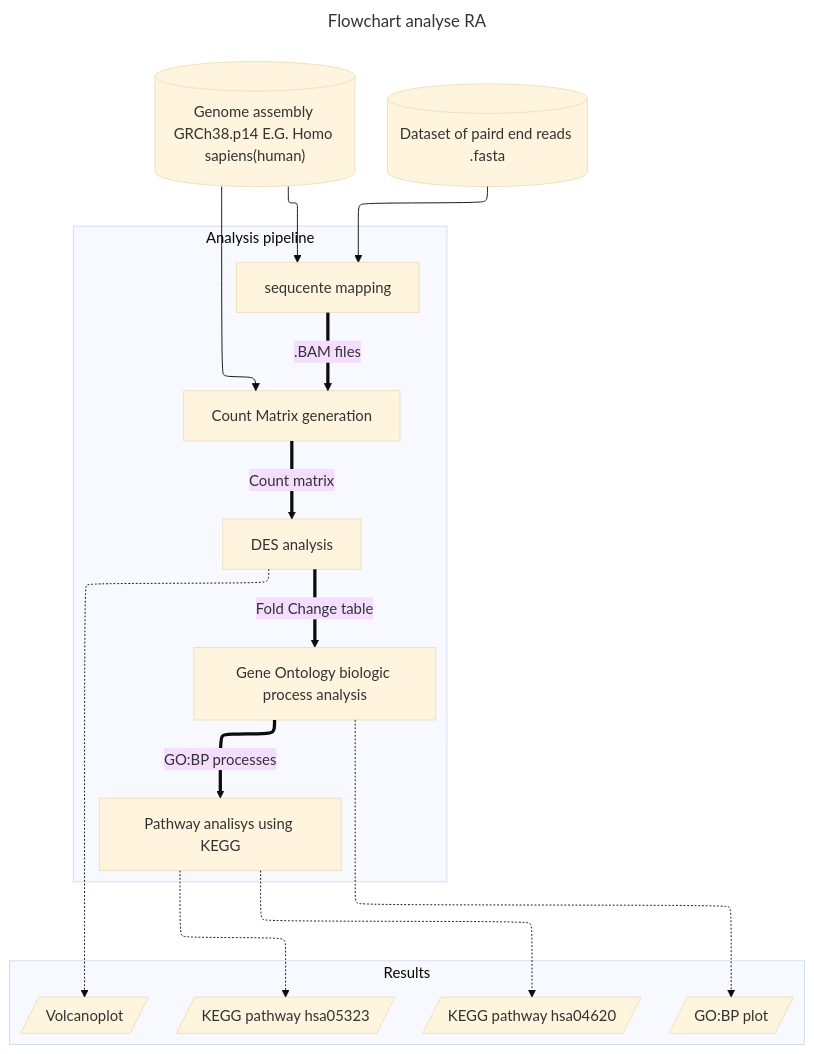
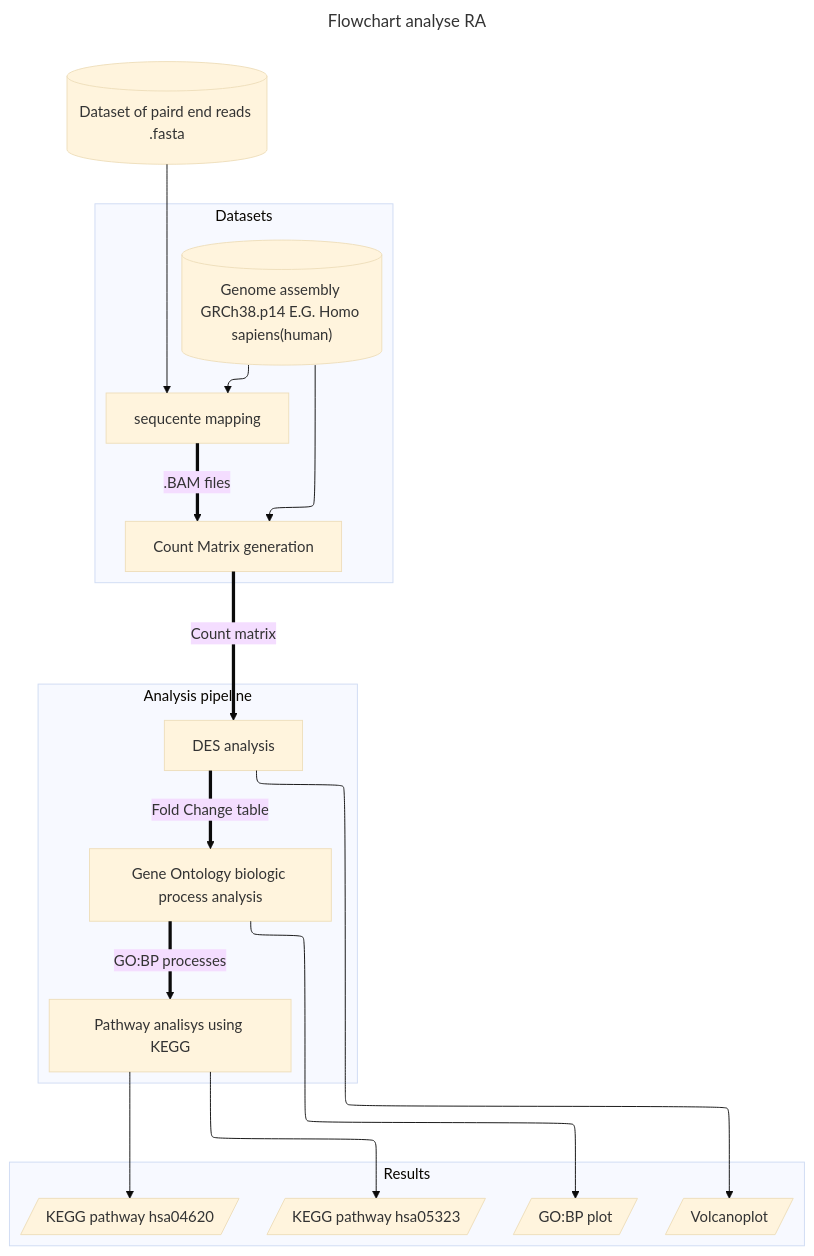
The diagram in README.md (Quantum-Coder826/J2P4casusTranscriptomics), drawn with Mermaid (base theme) before and after one commit.

Commit message:
Added subplot and changed line types

````diff
--- a/README.md
+++ b/README.md
@@ -38,43 +38,45 @@
 ```mermaid
 ---
 config:
   flowchart:
     defaultRenderer: elk
 title: Flowchart analyse RA 
 ---
 flowchart-elk TB
-  HG38[("Genome assembly GRCh38.p14 E.G. Homo sapiens(human)")]
-  HG38 --> seq_map
-  HG38 --> matrix
+  subgraph thee [Datasets]
+    HG38[("Genome assembly GRCh38.p14 E.G. Homo sapiens(human)")]
+    HG38 --> seq_map
+    HG38 --> matrix
+  end
   
   dataset[("Dataset of paird end reads .fasta")] --> seq_map
   
   subgraph one [Analysis pipeline]
         seq_map["sequcente mapping"] ==>|".BAM files"| matrix
         matrix["Count Matrix generation"] ==>|"Count matrix"| data_ana
         data_ana["DES analysis"] ==>|"Fold Change table"| GO_ana
         GO_ana["Gene Ontology biologic process analysis"] ==>|"GO:BP processes"| KEGG_ana
         KEGG_ana["Pathway analisys using KEGG"]
   end
   
   subgraph two [Results]
-    GO_ana -.-> GO_plot[/"GO:BP plot"/]
-    KEGG_ana -.-> KEGG_hsa05323[/"KEGG pathway hsa05323"/]
-    KEGG_ana -.-> KEGG_hsa04620[/"KEGG pathway hsa04620"/]
-    data_ana -.-> Volcano[/"Volcanoplot"/]
+    GO_ana ---> GO_plot[/"GO:BP plot"/]
+    KEGG_ana ---> KEGG_hsa05323[/"KEGG pathway hsa05323"/]
+    KEGG_ana ---> KEGG_hsa04620[/"KEGG pathway hsa04620"/]
+    data_ana ---> Volcano[/"Volcanoplot"/]
   end
   
 
   classDef hidden display: none
   click HG38 "https://www.ncbi.nlm.nih.gov/datasets/genome/GCF_000001405.40/"
   click seq_map "https://github.com/Quantum-Coder826/J2P4casusTranscriptomics/blob/main/scripts/seq_mapping.R"
   click matrix "https://github.com/Quantum-Coder826/J2P4casusTranscriptomics/blob/main/scripts/count_matrix.R"
   click data_ana "https://github.com/Quantum-Coder826/J2P4casusTranscriptomics/blob/main/scripts/data_ana.R"
   click GO_ana "https://github.com/Quantum-Coder826/J2P4casusTranscriptomics/blob/main/scripts/GO_analysis.R"
   click KEGG_ana "https://github.com/Quantum-Coder826/J2P4casusTranscriptomics/blob/main/scripts/KEGG_analysis.R"
   click GO_plot "https://github.com/Quantum-Coder826/J2P4casusTranscriptomics/blob/main/results/GO/GOanalysis.png"
   click KEGG_hsa05323 "https://github.com/Quantum-Coder826/J2P4casusTranscriptomics/blob/main/results/hsa05323.pathview.png"
   click KEGG_hsa04620 "https://github.com/Quantum-Coder826/J2P4casusTranscriptomics/blob/main/results/hsa04620.pathview.png"
   click Volcano "https://github.com/Quantum-Coder826/J2P4casusTranscriptomics/blob/main/results/VolcanoplotWC.png"
 
 ```
````
